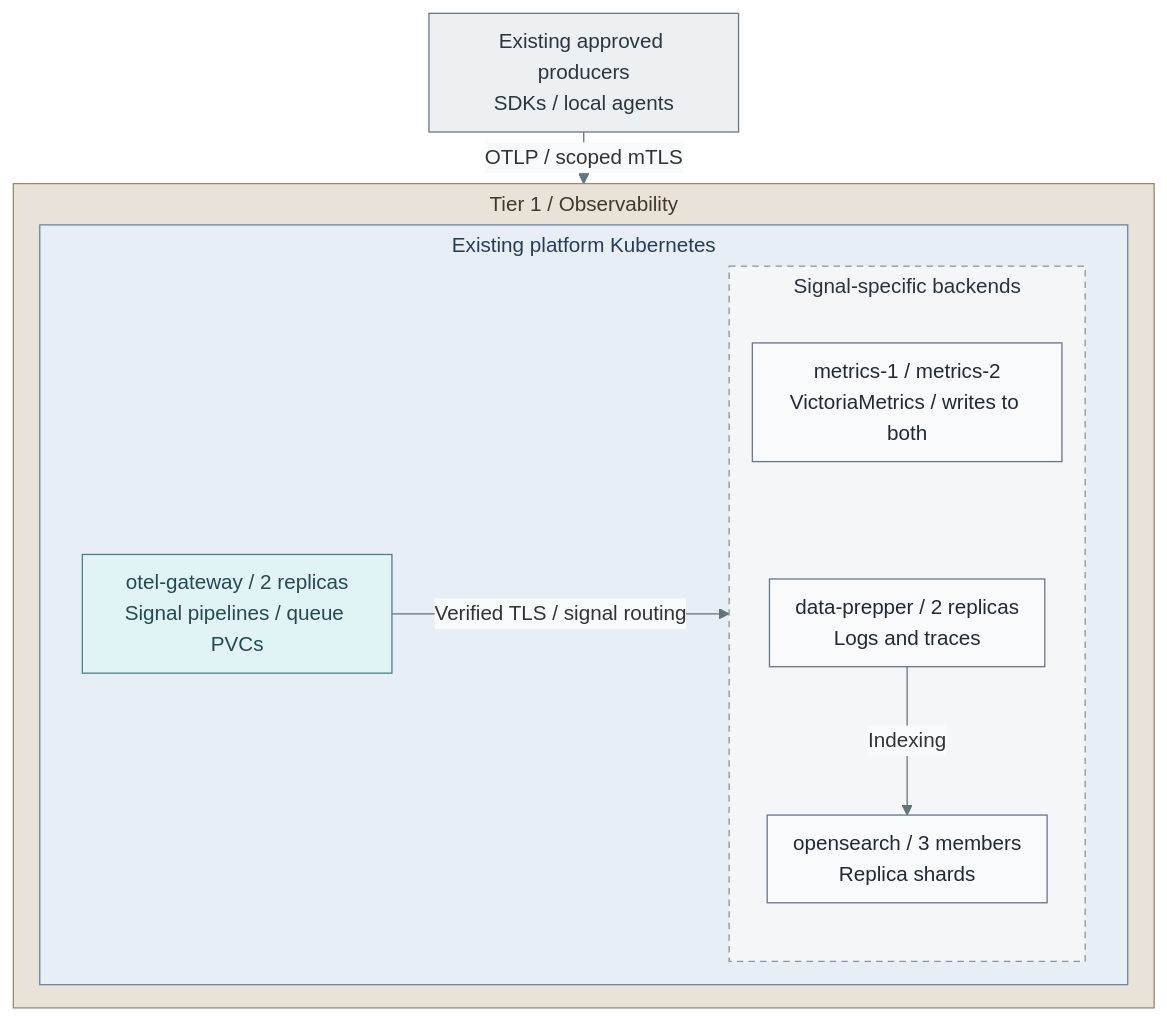
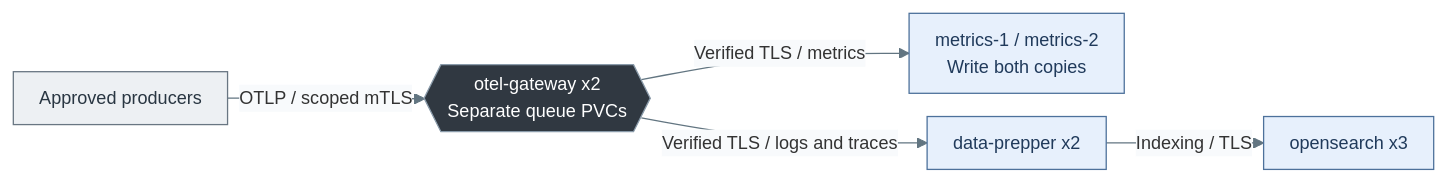
One commit to Rexus/homelab changed the second of 5 diagrams in docs/03-deployment/stage-8-observability/README.md. Above: the diagram before and after it, drawn with Mermaid. The commit also changed other lines of this file and 124 other files, not shown here.

First line of the commit message:
fix(platform): align service diagrams and directory failover

````diff
--- a/docs/03-deployment/stage-8-observability/README.md
+++ b/docs/03-deployment/stage-8-observability/README.md
@@ -290,34 +295,20 @@
 ```mermaid
-%%{init: {"theme":"base","flowchart":{"nodeSpacing":16,"rankSpacing":16,"padding":10,"subGraphTitleMargin":{"top":4,"bottom":10}},"themeVariables":{"lineColor":"#627581","edgeLabelBackground":"#f8fafc"}}}%%
-flowchart TB
-  Apps["Existing approved producers<br/>SDKs / local agents"]
-  subgraph T1["Tier 1 / Observability"]
-    subgraph Cluster["Existing platform Kubernetes"]
-      direction LR
-      Gateway["otel-gateway / 2 replicas<br/>Signal pipelines / queue PVCs"]
-      subgraph Backends["Signal-specific backends"]
-        direction TB
-        Metrics["metrics-1 / metrics-2<br/>VictoriaMetrics / writes to both"]
-        Prepper["data-prepper / 2 replicas<br/>Logs and traces"]
-        Search["opensearch / 3 members<br/>Replica shards"]
-        Metrics ~~~ Prepper
-        Prepper -->|Indexing| Search
-      end
-      Gateway -->|Verified TLS / signal routing| Backends
-    end
-  end
-  Apps -->|OTLP / scoped mTLS| T1
+%%{init: {"theme":"base","flowchart":{"nodeSpacing":18,"rankSpacing":18,"padding":10,"subGraphTitleMargin":{"top":6,"bottom":16}},"themeVariables":{"lineColor":"#627581","edgeLabelBackground":"#f8fafc","fontFamily":"Arial, sans-serif","fontSize":"14px"},"fontFamily":"Arial, sans-serif"}}%%
+flowchart LR
+  Apps["Approved producers"]
+  Gateway{{"otel-gateway x2<br/>Separate queue PVCs"}}
+  Metrics["metrics-1 / metrics-2<br/>Write both copies"]
+  Prepper["data-prepper x2"]
+  Search["opensearch x3"]
+  Apps -->|OTLP / scoped mTLS| Gateway
+  Gateway -->|Verified TLS / metrics| Metrics
+  Gateway -->|Verified TLS / logs and traces| Prepper
+  Prepper -->|Indexing / TLS| Search
   classDef default fill:#f8fafc,stroke:#64748b,color:#1f2937
   classDef services fill:#e7f0fc,stroke:#4d719b,color:#203a5b
-  classDef runtime fill:#d9eeec,stroke:#4d7b77,color:#173f3e
-  classDef replicas fill:#f5f6f7,stroke:#89939e,color:#273340,stroke-dasharray:5 4
+  classDef traffic fill:#303841,stroke:#8a9baa,color:#ffffff
   classDef actor fill:#edf0f3,stroke:#697682,color:#293642
-  class Backends replicas
   class Apps actor
-  classDef kubernetes fill:#e8eef6,stroke:#6b83a3,color:#263d59
-  class Cluster kubernetes
-  classDef traffic fill:#e1f3f5,stroke:#4c7f88,color:#214a52
   class Gateway traffic
-  classDef tier1 fill:#e9e2d8,stroke:#968976,color:#44382a
-  class T1 tier1
+  class Metrics,Prepper,Search services
 ```
````
